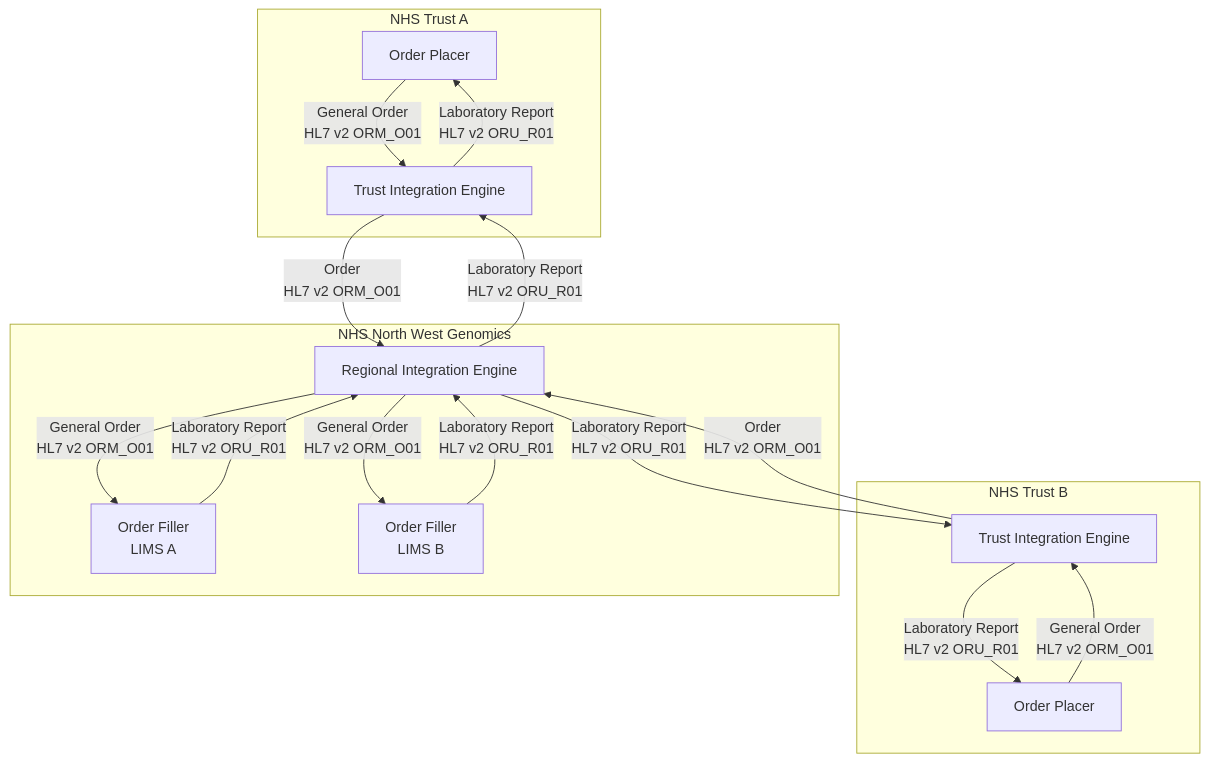
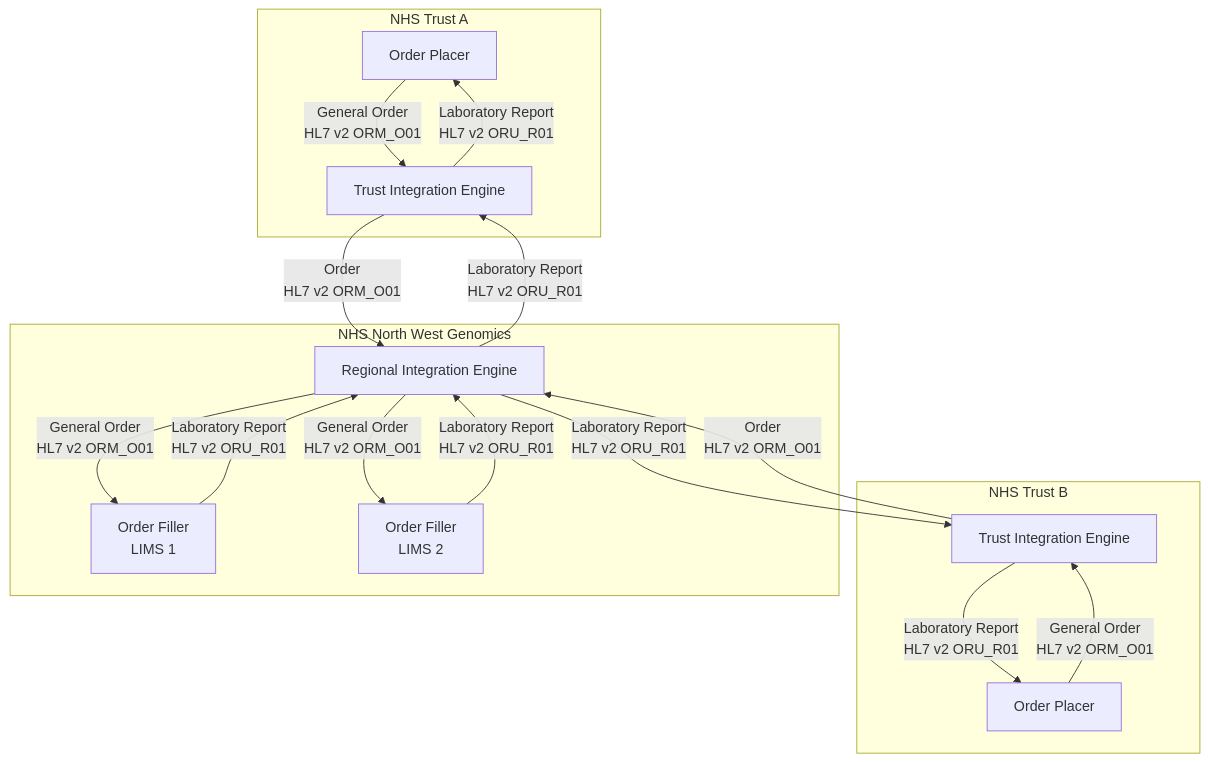
The third of 4 diagrams in input/pagecontent/index.md (uk-gov-mirror/nw-gmsa.nw-gmsa.github.com), drawn with Mermaid before and after one commit. The commit also changed other lines of this file and 1 other file, not shown here.

````diff
--- a/input/pagecontent/index.md
+++ b/input/pagecontent/index.md
@@ -37,24 +39,24 @@
 ```mermaid
 graph TD
     
     subgraph NHSA[NHS Trust A]
         OrderPlacer1[Order Placer] --> |General Order<br/>HL7 v2 ORM_O01| TIE1[Trust Integration Engine]
         TIE1 --> |Laboratory Report<br/>HL7 v2 ORU_R01| OrderPlacer1  
     end 
     subgraph NHSB[NHS Trust B]
         OrderPlacer2[Order Placer] --> |General Order<br/>HL7 v2 ORM_O01| TIE2[Trust Integration Engine]
         TIE2 --> |Laboratory Report<br/>HL7 v2 ORU_R01| OrderPlacer2 
     end 
 
     subgraph GMSA[NHS North West Genomics]
-        RIE[Regional Integration Engine] --> |General Order<br/>HL7 v2 ORM_O01| OrderFiller1[Order Filler<br/>LIMS A]
+        RIE[Regional Integration Engine] --> |General Order<br/>HL7 v2 ORM_O01| OrderFiller1[Order Filler<br/>LIMS 1]
         OrderFiller1 --> |Laboratory Report<br/>HL7 v2 ORU_R01| RIE   
-        RIE[Regional Integration Engine] --> |General Order<br/>HL7 v2 ORM_O01| OrderFiller2[Order Filler<br/>LIMS B]
+        RIE[Regional Integration Engine] --> |General Order<br/>HL7 v2 ORM_O01| OrderFiller2[Order Filler<br/>LIMS 2]
         OrderFiller2 --> |Laboratory Report<br/>HL7 v2 ORU_R01| RIE          
     end 
     
     TIE1 --> |Order<br/>HL7 v2 ORM_O01| RIE
     RIE --> |Laboratory Report<br/>HL7 v2 ORU_R01| TIE1 
     TIE2 --> |Order<br/>HL7 v2 ORM_O01| RIE
     RIE --> |Laboratory Report<br/>HL7 v2 ORU_R01| TIE2 
 ```
````
